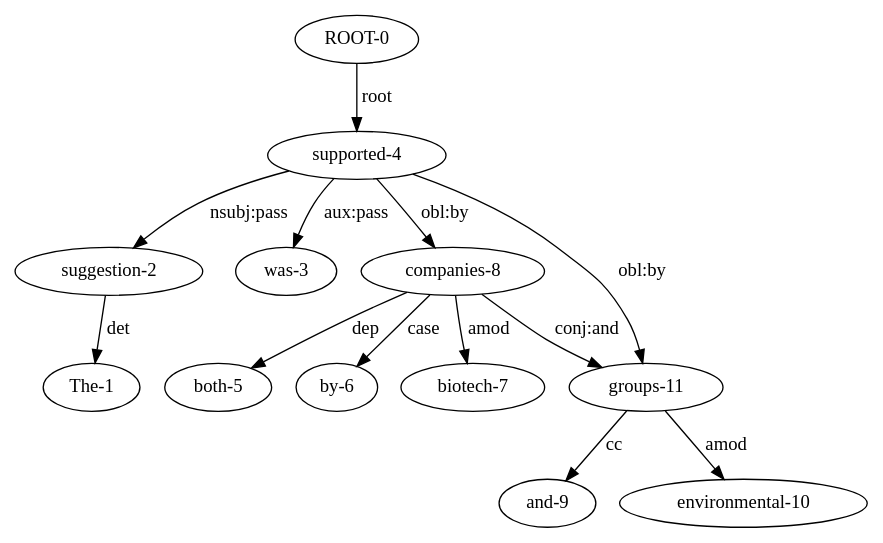
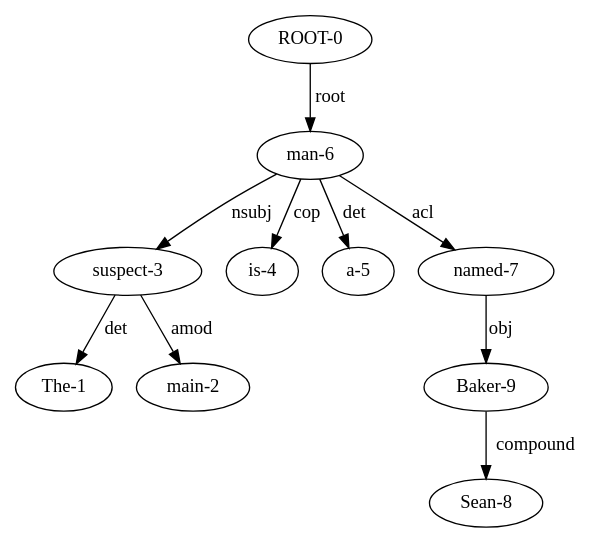
Before and after one commit to aosirisj/english-nal: the diagram in arboles/parsed/1.dot, drawn with Graphviz. The commit also changed 11 other files, not shown here.

```diff
--- a/arboles/parsed/1.dot
+++ b/arboles/parsed/1.dot
@@ -1,1 +1,1 @@
-digraph{"suggestion-2" -> "The-1" [label="det",len=1.00];"supported-4" -> "suggestion-2" [label="nsubj:pass",len=1.00];"supported-4" -> "was-3" [label="aux:pass",len=1.00];"ROOT-0" -> "supported-4" [label="root",len=1.00];"companies-8" -> "both-5" [label="dep",len=1.00];"companies-8" -> "by-6" [label="case",len=1.00];"companies-8" -> "biotech-7" [label="amod",len=1.00];"supported-4" -> "companies-8" [label="obl:by",len=1.00];"groups-11" -> "and-9" [label="cc",len=1.00];"groups-11" -> "environmental-10" [label="amod",len=1.00];"supported-4" -> "groups-11" [label="obl:by",len=1.00];"companies-8" -> "groups-11" [label="conj:and",len=1.00];} 
+digraph{"suspect-3" -> "The-1" [label="det",len=1.00];"suspect-3" -> "main-2" [label="amod",len=1.00];"man-6" -> "suspect-3" [label="nsubj",len=1.00];"man-6" -> "is-4" [label="cop",len=1.00];"man-6" -> "a-5" [label="det",len=1.00];"ROOT-0" -> "man-6" [label="root",len=1.00];"man-6" -> "named-7" [label="acl",len=1.00];"Baker-9" -> "Sean-8" [label="compound",len=1.00];"named-7" -> "Baker-9" [label="obj",len=1.00];} 
```
